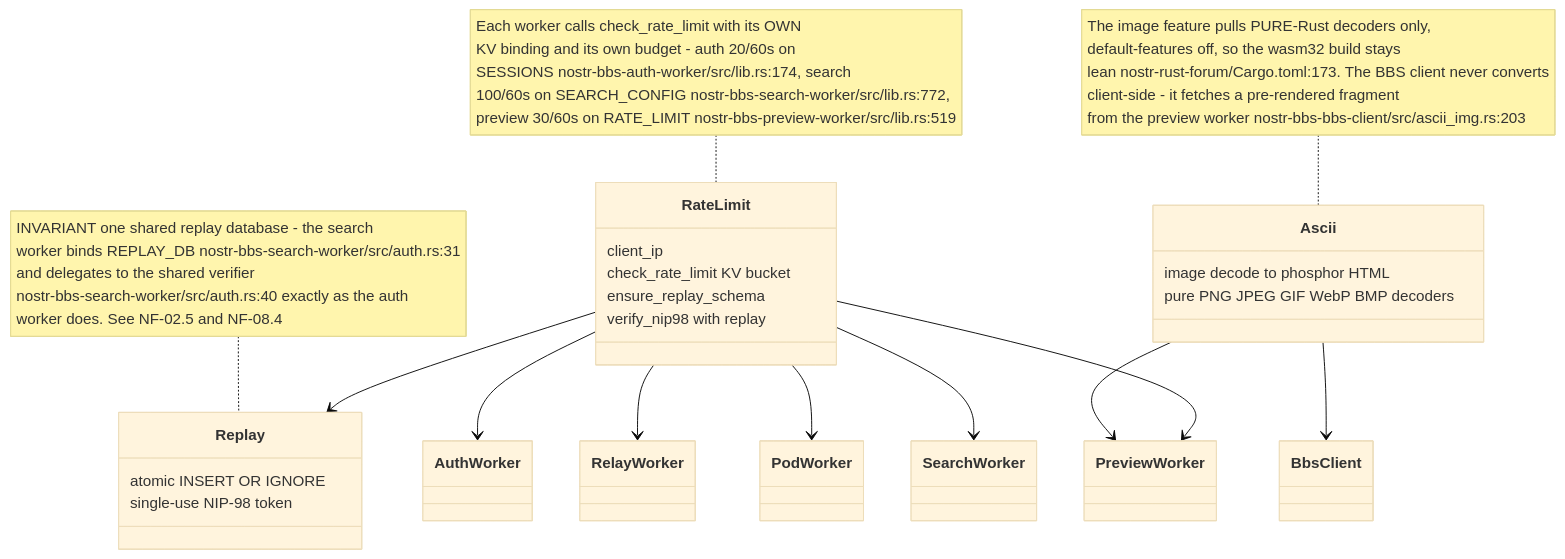
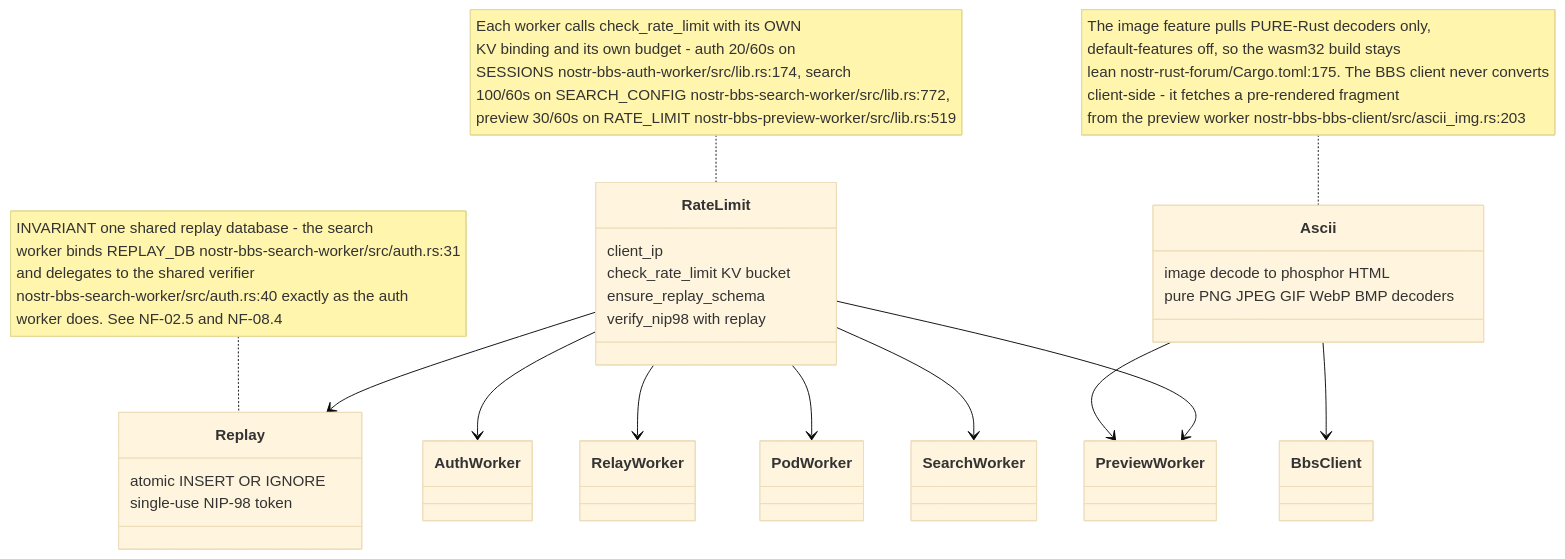
Before and after one commit to DreamLab-AI/VisionFlow: the eighth of 8 diagrams in docs/diagrams/nostr-rust-forum/07-search-preview-and-shared-worker-utilities.md, drawn with Mermaid (base theme). The commit also changed other lines of this file and 94 other files, not shown here.

First line of the commit message:
docs(diagrams): re-verify 130 topics against 2 October HEADs

````diff
--- a/docs/diagrams/nostr-rust-forum/07-search-preview-and-shared-worker-utilities.md
+++ b/docs/diagrams/nostr-rust-forum/07-search-preview-and-shared-worker-utilities.md
@@ -201,29 +201,29 @@
 ```mermaid
 classDiagram
     class RateLimit {
         client_ip
         check_rate_limit KV bucket
         ensure_replay_schema
         verify_nip98 with replay
     }
     class Replay {
         atomic INSERT OR IGNORE
         single-use NIP-98 token
     }
     class Ascii {
         image decode to phosphor HTML
         pure PNG JPEG GIF WebP BMP decoders
     }
     RateLimit --> Replay
     Ascii --> PreviewWorker
     Ascii --> BbsClient
     RateLimit --> AuthWorker
     RateLimit --> RelayWorker
     RateLimit --> PodWorker
     RateLimit --> SearchWorker
     RateLimit --> PreviewWorker
 
     note for RateLimit "Each worker calls check_rate_limit with its OWN<br/>KV binding and its own budget - auth 20/60s on<br/>SESSIONS nostr-bbs-auth-worker/src/lib.rs:174, search<br/>100/60s on SEARCH_CONFIG nostr-bbs-search-worker/src/lib.rs:772,<br/>preview 30/60s on RATE_LIMIT nostr-bbs-preview-worker/src/lib.rs:519"
     note for Replay "INVARIANT one shared replay database - the search<br/>worker binds REPLAY_DB nostr-bbs-search-worker/src/auth.rs:31<br/>and delegates to the shared verifier<br/>nostr-bbs-search-worker/src/auth.rs:40 exactly as the auth<br/>worker does. See NF-02.5 and NF-08.4"
-    note for Ascii "The image feature pulls PURE-Rust decoders only,<br/>default-features off, so the wasm32 build stays<br/>lean nostr-rust-forum/Cargo.toml:173. The BBS client never converts<br/>client-side - it fetches a pre-rendered fragment<br/>from the preview worker nostr-bbs-bbs-client/src/ascii_img.rs:203"
+    note for Ascii "The image feature pulls PURE-Rust decoders only,<br/>default-features off, so the wasm32 build stays<br/>lean nostr-rust-forum/Cargo.toml:175. The BBS client never converts<br/>client-side - it fetches a pre-rendered fragment<br/>from the preview worker nostr-bbs-bbs-client/src/ascii_img.rs:203"
 ```
````
